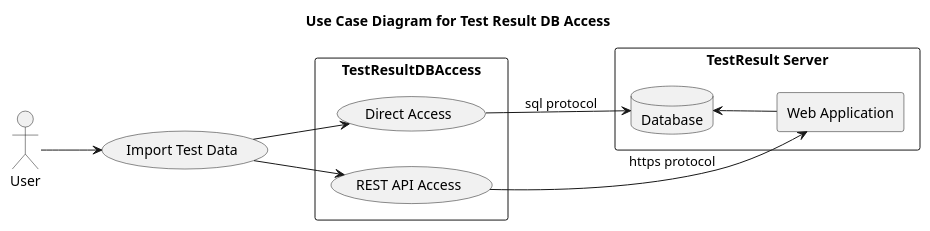
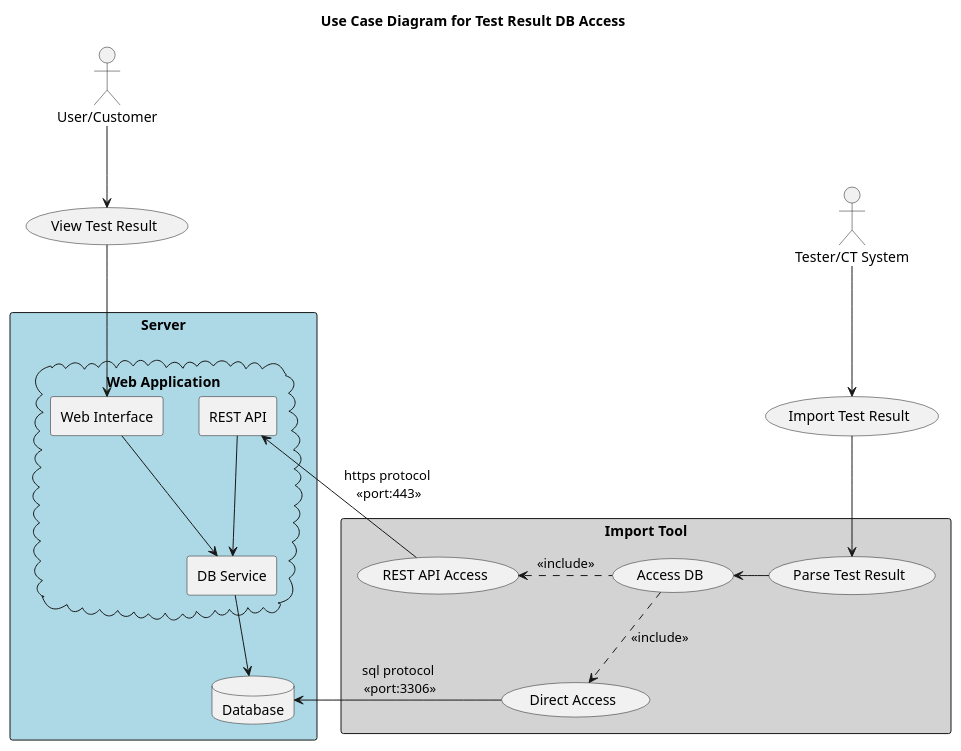
Before and after one commit to test-fullautomation/python-testresultdbaccess: the diagram in packagedoc/design/diagrams/usecase_diagram.puml, drawn with PlantUML. The commit also changed 6 other files, not shown here.

Commit message:
update diagram for all relavent packages

```diff
--- a/packagedoc/design/diagrams/usecase_diagram.puml
+++ b/packagedoc/design/diagrams/usecase_diagram.puml
@@ -1,26 +1,53 @@
 @startuml
 title Use Case Diagram for Test Result DB Access
-left to right direction
+' left to right direction
+skinparam actorStyle "rounded"
 
-actor User
 
-usecase "Import Test Data" as ImportTool
+actor "User/Customer" as User
+actor "Tester/CT System" as Tester
 
-rectangle "TestResultDBAccess" {
+usecase "Import Test Result" as ImportTestResult
+
+usecase "View Test Result" as ViewTestResult
+
+' Import Tool Package
+rectangle "Import Tool" as ImportTool #LightGray {
+    usecase "Parse Test Result" as ParseTestResult
+    usecase "Access DB" as AccessDB
     usecase "REST API Access" as RestAPIAccess
     usecase "Direct Access" as DirectAccess
 }
 
-rectangle "TestResult Server" {
-    rectangle "Web Application" as WebApp
+' TestResult Server
+rectangle "Server" as Server #lightblue {
+    Cloud "Web Application" as WebApp  {
+        rectangle "Web Interface" as WebInterface
+        rectangle "REST API" as RestAPI
+        rectangle "DB Service" as DBService
+    }
+
     database "Database" as DB
 }
 
-User --> ImportTool
-ImportTool --> RestAPIAccess
-ImportTool --> DirectAccess
-DirectAccess --> DB: sql protocol
-RestAPIAccess --> WebApp: https protocol
-WebApp -up-> DB
+' Actor Connections
+User --> ViewTestResult
+ViewTestResult --> WebInterface
+Tester --> ImportTestResult
+
+' Import Tool Connections
+ImportTestResult --> ParseTestResult
+ParseTestResult -left-> AccessDB
+AccessDB .left.> RestAPIAccess : <<include>>
+AccessDB ..> DirectAccess : <<include>>
+DirectAccess -left-> DB: sql protocol\n <<port:3306>>
+
+' Server Connections
+RestAPIAccess -left-> RestAPI: https protocol\n <<port:443>>
+
+' Internal Server Connections
+RestAPI --> DBService
+WebInterface --> DBService
+DBService --> DB
 
 @enduml
```
